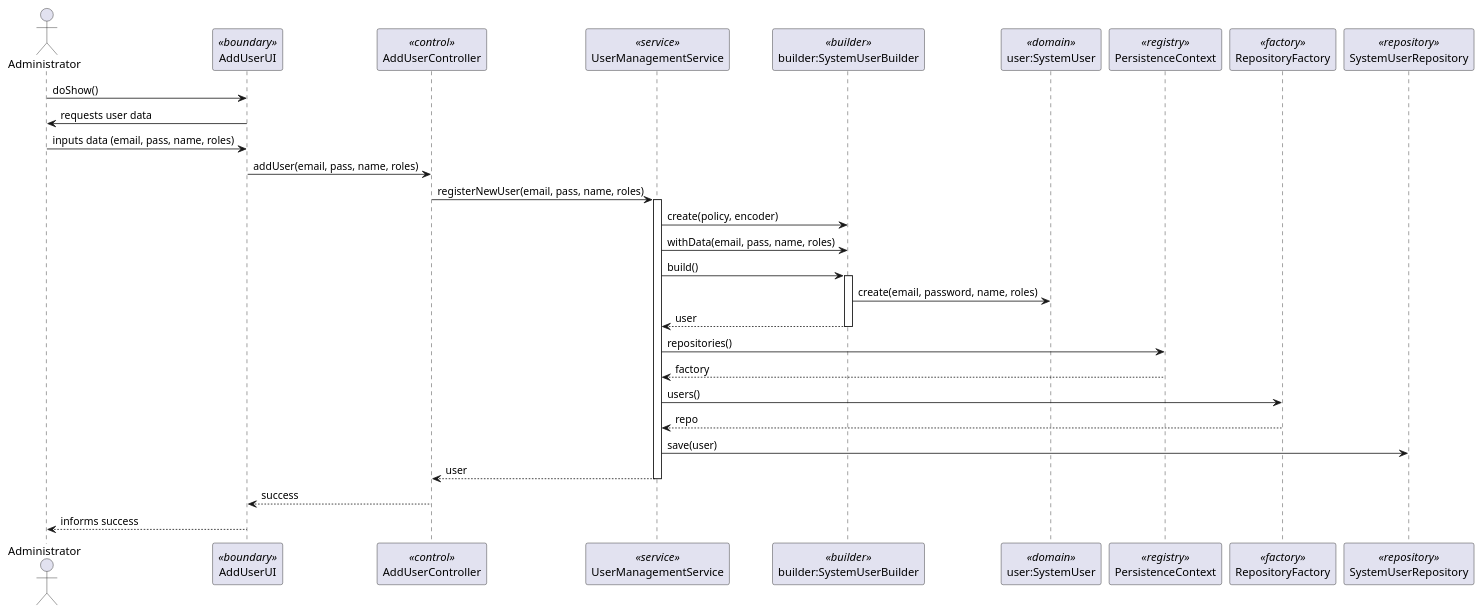
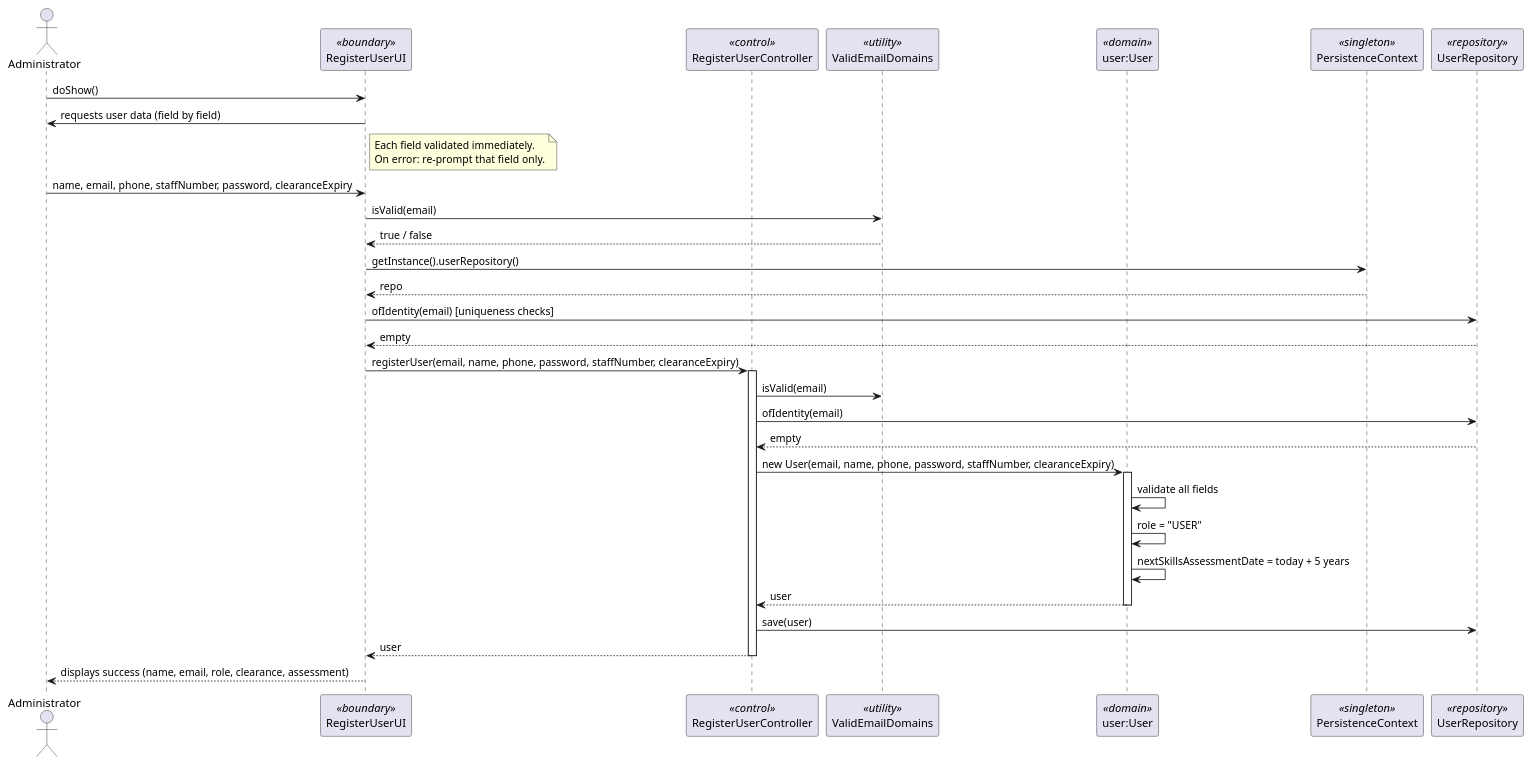
The diagram in docs/Sprint 2/EAPLI/US031/puml/US031-sequence-diagram.puml (DuartePinto1240/sem4pi2526-sem4pi2526_2da2), drawn with PlantUML before and after one commit. The commit also changed 16 other files, not shown here.

```diff
--- a/docs/Sprint 2/EAPLI/US031/puml/US031-sequence-diagram.puml
+++ b/docs/Sprint 2/EAPLI/US031/puml/US031-sequence-diagram.puml
@@ -1,37 +1,43 @@
 @startuml
 actor Administrator
-participant AddUserUI as UI <<boundary>>
-participant AddUserController as CTRL <<control>>
-participant UserManagementService as SVC <<service>>
-participant "builder:SystemUserBuilder" as BLDR <<builder>>
-participant "user:SystemUser" as USER <<domain>>
-participant PersistenceContext as PCON <<registry>>
-participant RepositoryFactory as FACT <<factory>>
-participant SystemUserRepository as REPO <<repository>>
+participant RegisterUserUI as UI <<boundary>>
+participant RegisterUserController as CTRL <<control>>
+participant ValidEmailDomains as VED <<utility>>
+participant "user:User" as USER <<domain>>
+participant PersistenceContext as PCON <<singleton>>
+participant UserRepository as REPO <<repository>>
 
 Administrator -> UI : doShow()
-UI -> Administrator : requests user data
-Administrator -> UI : inputs data (email, pass, name, roles)
-UI -> CTRL : addUser(email, pass, name, roles)
+UI -> Administrator : requests user data (field by field)
 
-CTRL -> SVC : registerNewUser(email, pass, name, roles)
-activate SVC
-SVC -> BLDR : create(policy, encoder)
-SVC -> BLDR : withData(email, pass, name, roles)
-SVC -> BLDR : build()
-activate BLDR
-BLDR -> USER : create(email, password, name, roles)
-BLDR --> SVC : user
-deactivate BLDR
+note right of UI
+  Each field validated immediately.
+  On error: re-prompt that field only.
+end note
 
-SVC -> PCON : repositories()
-PCON --> SVC : factory
-SVC -> FACT : users()
-FACT --> SVC : repo
-SVC -> REPO : save(user)
-SVC --> CTRL : user
-deactivate SVC
+Administrator -> UI : name, email, phone, staffNumber, password, clearanceExpiry
+UI -> VED : isValid(email)
+VED --> UI : true / false
+UI -> PCON : getInstance().userRepository()
+PCON --> UI : repo
+UI -> REPO : ofIdentity(email) [uniqueness checks]
+REPO --> UI : empty
 
-CTRL --> UI : success
-UI --> Administrator : informs success
+UI -> CTRL : registerUser(email, name, phone, password, staffNumber, clearanceExpiry)
+activate CTRL
+CTRL -> VED : isValid(email)
+CTRL -> REPO : ofIdentity(email)
+REPO --> CTRL : empty
+CTRL -> USER : new User(email, name, phone, password, staffNumber, clearanceExpiry)
+activate USER
+USER -> USER : validate all fields
+USER -> USER : role = "USER"
+USER -> USER : nextSkillsAssessmentDate = today + 5 years
+USER --> CTRL : user
+deactivate USER
+CTRL -> REPO : save(user)
+CTRL --> UI : user
+deactivate CTRL
+
+UI --> Administrator : displays success (name, email, role, clearance, assessment)
 @enduml
```
